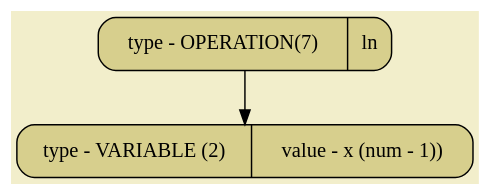
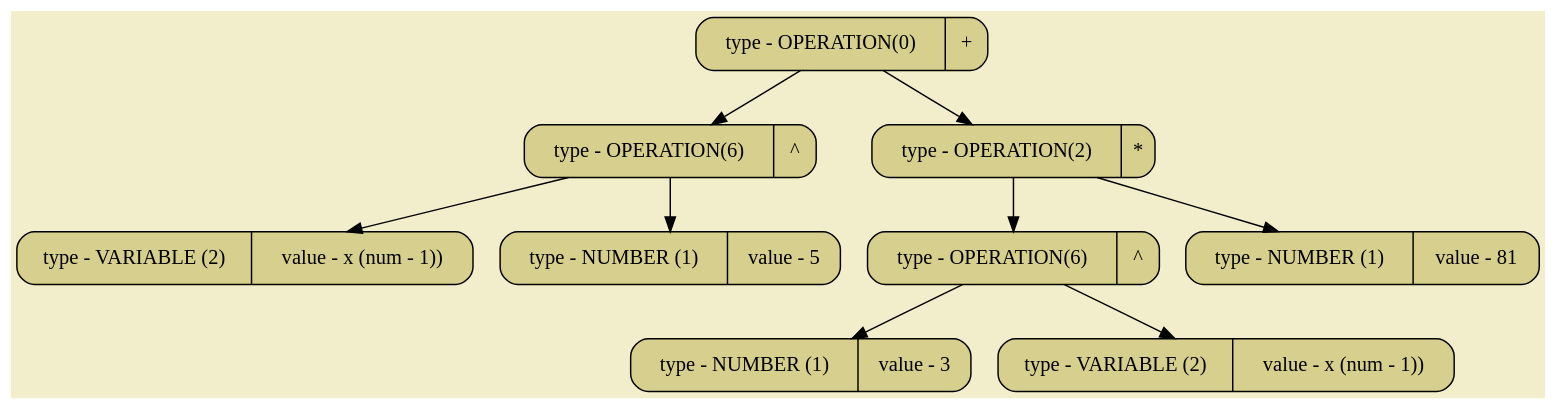
One commit to SashaKhaytina/Differenciator changed the diagram in all_dumps/pictures/image02.dot. Above: the diagram before and after it, drawn with Graphviz. The commit also changed 13 other files, not shown here.

```diff
--- a/all_dumps/pictures/image02.dot
+++ b/all_dumps/pictures/image02.dot
@@ -1,8 +1,22 @@
 digraph
 {
 bgcolor="#F2EECB";
 rankdir = TB;
-POINT_0x55c3e31004f0[shape=Mrecord, label = "type - OPERATION(7) | ln", style="filled",fillcolor="#D7CF8D"]
-POINT_0x55c3e3100570[shape=Mrecord, label = "type - VARIABLE (2) | value - x (num - 1))", style="filled",fillcolor="#D7CF8D"]
-POINT_0x55c3e31004f0 -> POINT_0x55c3e3100570
+POINT_0x65204b4db6d0[shape=Mrecord, label = "type - OPERATION(0) | +", style="filled",fillcolor="#D7CF8D"]
+POINT_0x65204b4db5b0[shape=Mrecord, label = "type - OPERATION(6) | ^", style="filled",fillcolor="#D7CF8D"]
+POINT_0x65204b4db580[shape=Mrecord, label = "type - VARIABLE (2) | value - x (num - 1))", style="filled",fillcolor="#D7CF8D"]
+POINT_0x65204b4db640[shape=Mrecord, label = "type - NUMBER (1) | value - 5", style="filled",fillcolor="#D7CF8D"]
+POINT_0x65204b4db7b0[shape=Mrecord, label = "type - OPERATION(2) | *", style="filled",fillcolor="#D7CF8D"]
+POINT_0x65204b4db730[shape=Mrecord, label = "type - OPERATION(6) | ^", style="filled",fillcolor="#D7CF8D"]
+POINT_0x65204b4db700[shape=Mrecord, label = "type - NUMBER (1) | value - 3", style="filled",fillcolor="#D7CF8D"]
+POINT_0x65204b4db780[shape=Mrecord, label = "type - VARIABLE (2) | value - x (num - 1))", style="filled",fillcolor="#D7CF8D"]
+POINT_0x65204b4db8d0[shape=Mrecord, label = "type - NUMBER (1) | value - 81", style="filled",fillcolor="#D7CF8D"]
+POINT_0x65204b4db6d0 -> POINT_0x65204b4db5b0
+POINT_0x65204b4db6d0 -> POINT_0x65204b4db7b0
+POINT_0x65204b4db5b0 -> POINT_0x65204b4db580
+POINT_0x65204b4db5b0 -> POINT_0x65204b4db640
+POINT_0x65204b4db7b0 -> POINT_0x65204b4db730
+POINT_0x65204b4db7b0 -> POINT_0x65204b4db8d0
+POINT_0x65204b4db730 -> POINT_0x65204b4db700
+POINT_0x65204b4db730 -> POINT_0x65204b4db780
 }
```
